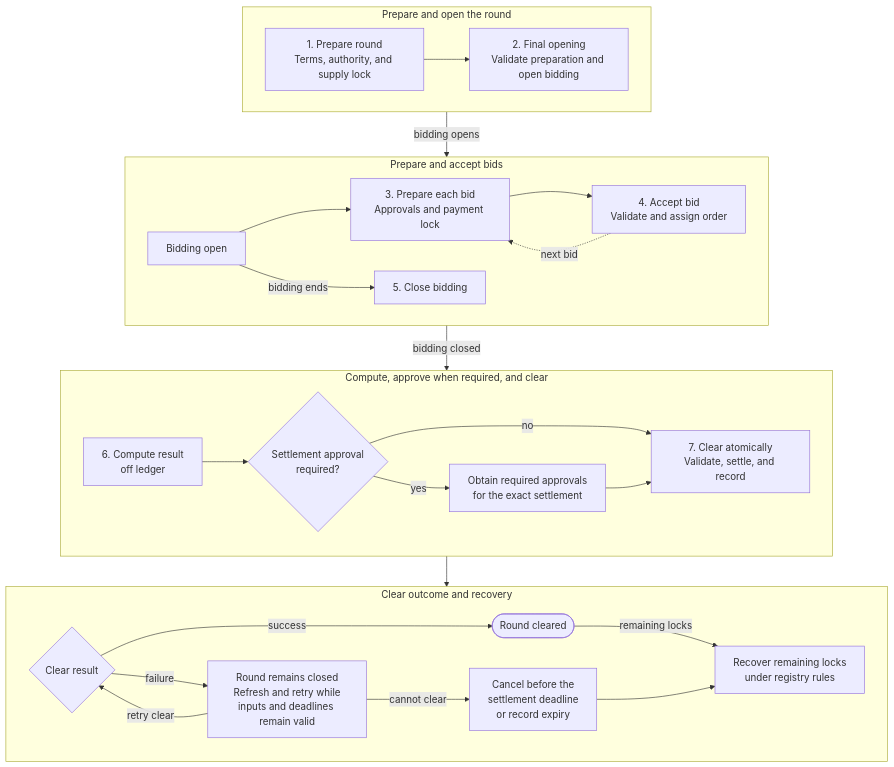
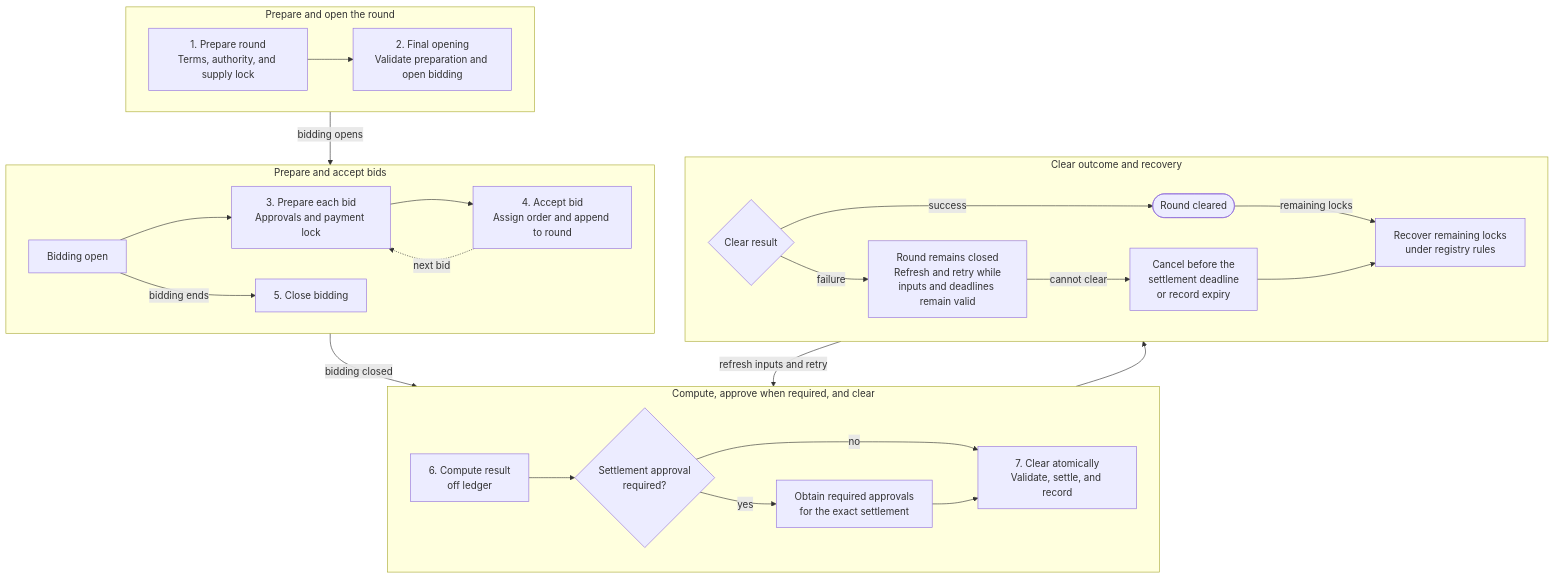
The second of 6 diagrams in docs/reference-architectures/confidential-auction.md (OpenZeppelin/canton-specs), drawn with Mermaid before and after one commit. The commit also changed other lines of this file, not shown here.

Commit message:
feat: full consistency pass over more descriptive flows

````diff
--- a/docs/reference-architectures/confidential-auction.md
+++ b/docs/reference-architectures/confidential-auction.md
@@ -178,56 +280,56 @@
 ```mermaid
 flowchart TB
     subgraph Setup["Prepare and open the round"]
         direction LR
         PrepareRound["1. Prepare round<br/>Terms, authority, and supply lock"]
         Open["2. Final opening<br/>Validate preparation and open bidding"]
 
         PrepareRound --> Open
     end
 
     subgraph Bidding["Prepare and accept bids"]
         direction LR
         BiddingOpen["Bidding open"]
         PrepareBid["3. Prepare each bid<br/>Approvals and payment lock"]
-        AcceptBid["4. Accept bid<br/>Validate and assign order"]
+        AcceptBid["4. Accept bid<br/>Assign order and append to round"]
         Close["5. Close bidding"]
 
         BiddingOpen --> PrepareBid
         PrepareBid --> AcceptBid
         AcceptBid -.->|"next bid"| PrepareBid
         BiddingOpen -->|"bidding ends"| Close
     end
 
     subgraph Clearing["Compute, approve when required, and clear"]
         direction LR
         Compute["6. Compute result<br/>off ledger"]
         ApprovalNeeded{"Settlement approval<br/>required?"}
         Approval["Obtain required approvals<br/>for the exact settlement"]
         Clear["7. Clear atomically<br/>Validate, settle, and record"]
 
         Compute --> ApprovalNeeded
         ApprovalNeeded -->|"no"| Clear
         ApprovalNeeded -->|"yes"| Approval
         Approval --> Clear
     end
 
     subgraph Resolution["Clear outcome and recovery"]
         direction LR
         Outcome{"Clear result"}
         Cleared([Round cleared])
         Retry["Round remains closed<br/>Refresh and retry while<br/>inputs and deadlines remain valid"]
         End["Cancel before the<br/>settlement deadline<br/>or record expiry"]
         Recover["Recover remaining locks<br/>under registry rules"]
 
         Outcome -->|"success"| Cleared
         Outcome -->|"failure"| Retry
-        Retry -->|"retry clear"| Outcome
+        Retry -->|"refresh inputs and retry"| Compute
         Retry -->|"cannot clear"| End
         Cleared -->|"remaining locks"| Recover
         End --> Recover
     end
 
     Setup -->|"bidding opens"| Bidding
     Bidding -->|"bidding closed"| Clearing
     Clearing --> Resolution
 ```
````
